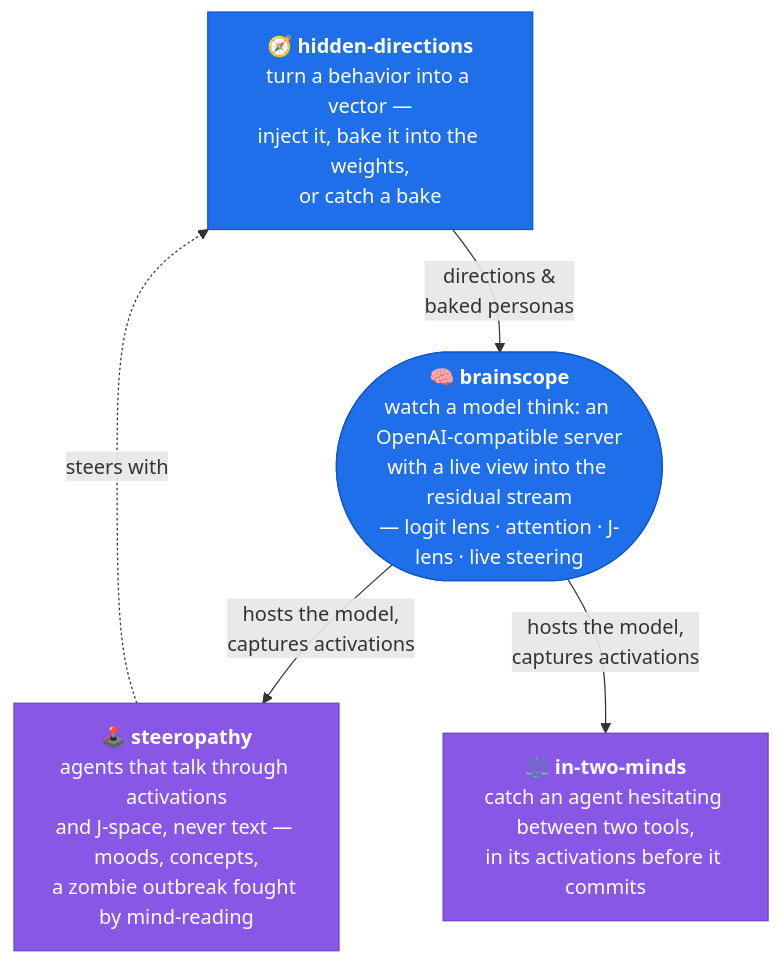
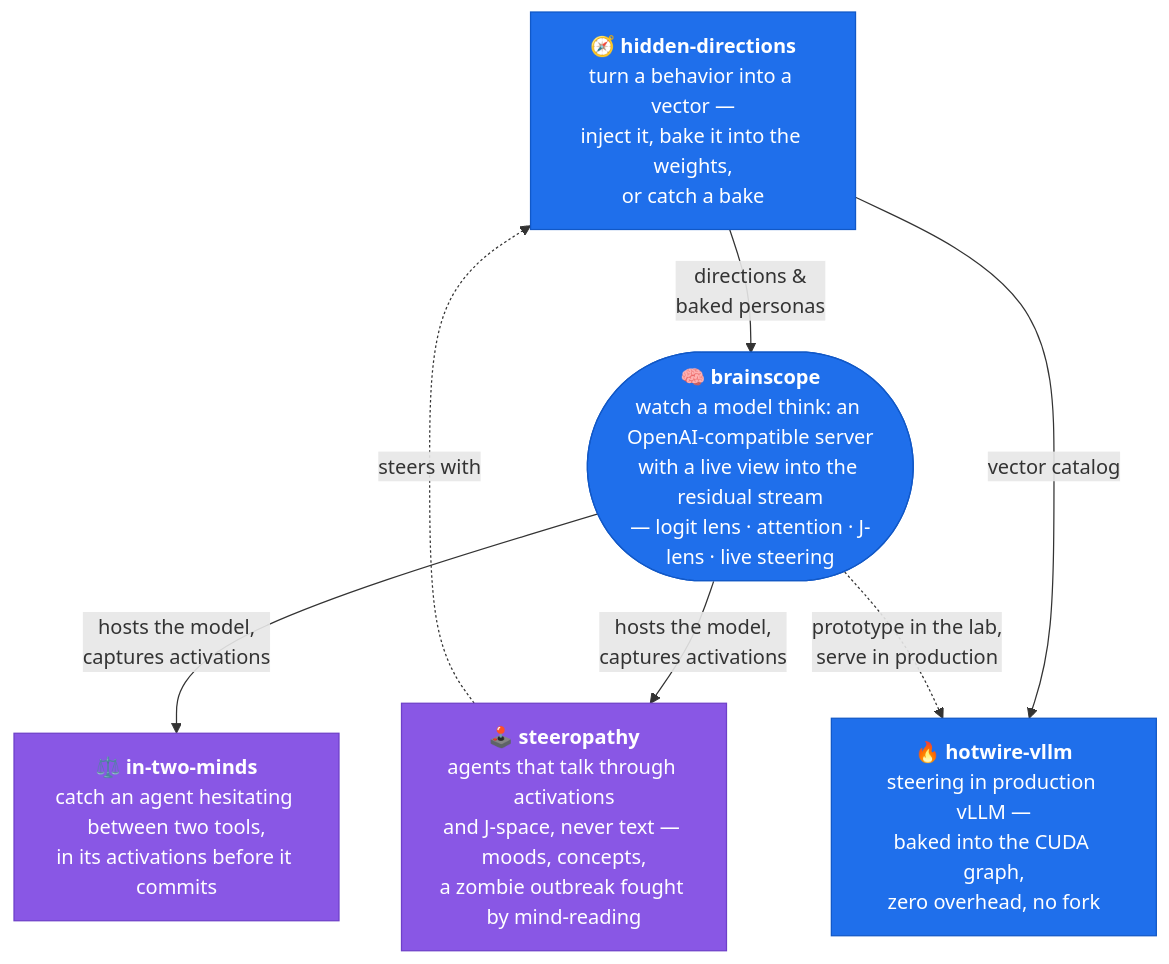
One commit to moudrkat/moudrkat changed the diagram in README.md. Above: the diagram before and after it, drawn with Mermaid. The commit also changed other lines of this file, not shown here.

Commit message:
profile: hotwire-vllm joins the lab graph and the bench

````diff
--- a/README.md
+++ b/README.md
@@ -24,22 +24,26 @@
 ```mermaid
 flowchart TD
     hd["🧭 <b>hidden-directions</b><br/>turn a behavior into a vector —<br/>inject it, bake it into the weights,<br/>or catch a bake"]
     bs(["🧠 <b>brainscope</b><br/>watch a model think: an OpenAI-compatible server<br/>with a live view into the residual stream<br/>— logit lens · attention · J-lens · live steering"])
     st["🕹️ <b>steeropathy</b><br/>agents that talk through activations<br/>and J-space, never text — moods, concepts,<br/>a zombie outbreak fought by mind-reading"]
     tm["⚖️ <b>in-two-minds</b><br/>catch an agent hesitating between two tools,<br/>in its activations before it commits"]
+    hw["🔥 <b>hotwire-vllm</b><br/>steering in production vLLM —<br/>baked into the CUDA graph,<br/>zero overhead, no fork"]
 
     hd -->|"directions &<br/>baked personas"| bs
     bs -->|"hosts the model,<br/>captures activations"| st
     bs -->|"hosts the model,<br/>captures activations"| tm
     st -.->|"steers with"| hd
+    hd -->|"vector catalog"| hw
+    bs -.->|"prototype in the lab,<br/>serve in production"| hw
 
     click hd "https://github.com/moudrkat/hidden-directions"
     click bs "https://github.com/moudrkat/brainscope"
     click st "https://github.com/moudrkat/steeropathy"
     click tm "https://github.com/moudrkat/in-two-minds"
+    click hw "https://github.com/moudrkat/hotwire-vllm"
 
     classDef engine fill:#1f6feb,stroke:#1158c7,color:#ffffff;
     classDef exp fill:#8957e5,stroke:#6e40c9,color:#ffffff;
-    class bs,hd engine;
+    class bs,hd,hw engine;
     class st,tm exp;
 ```
````
